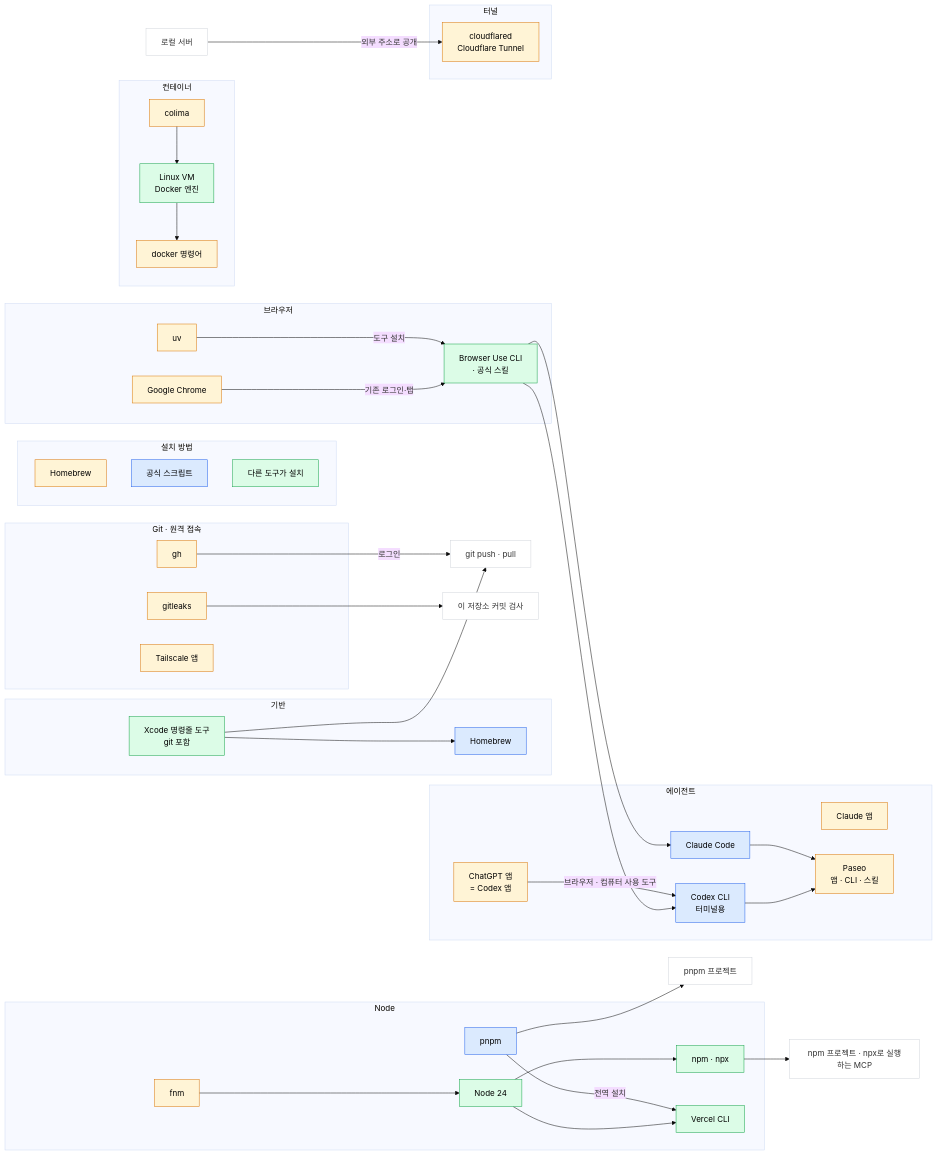
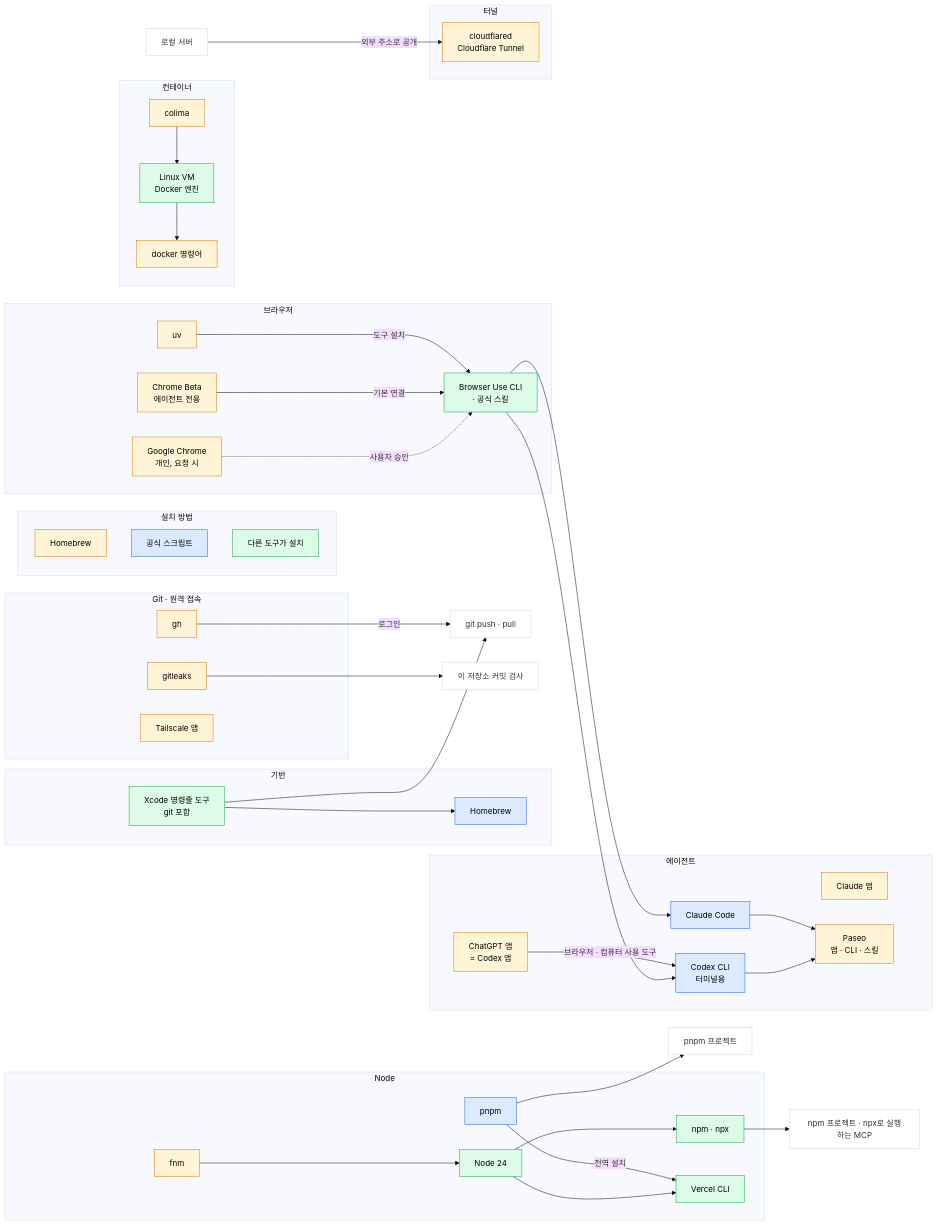
Before and after one commit to 01-works/bootstrap: the diagram in TOOLS.md, drawn with Mermaid (base theme). The commit also changed other lines of this file and 17 other files, not shown here.

````diff
--- a/TOOLS.md
+++ b/TOOLS.md
@@ -64,12 +64,14 @@
   CODEX --> PASEO
 
   subgraph sgBrowser["브라우저"]
-    CHROME["Google Chrome"]
+    CHROME["Google Chrome<br/>개인, 요청 시"]
+    CHROMEBETA["Chrome Beta<br/>에이전트 전용"]
     UV["uv"]
     BU["Browser Use CLI<br/>· 공식 스킬"]
   end
   UV -->|도구 설치| BU
-  CHROME -->|기존 로그인·탭| BU
+  CHROMEBETA -->|기본 연결| BU
+  CHROME -.->|사용자 승인| BU
   BU --> CC
   BU --> CODEX
 
@@ -85,6 +87,6 @@
 
   class BREW,CC,CODEX,PNPM script
   class CLT,NODE,NPM,VM,VERCEL,BU bundled
-  class FNM,COLIMA,DOCKER,CLAUDEAPP,CHATGPT,PASEO,CF,GH,GL,TSAPP,CHROME,UV brew
+  class FNM,COLIMA,DOCKER,CLAUDEAPP,CHATGPT,PASEO,CF,GH,GL,TSAPP,CHROME,CHROMEBETA,UV brew
   class PP,NP,GIT,HOOK,LOCAL use
 ```
````
